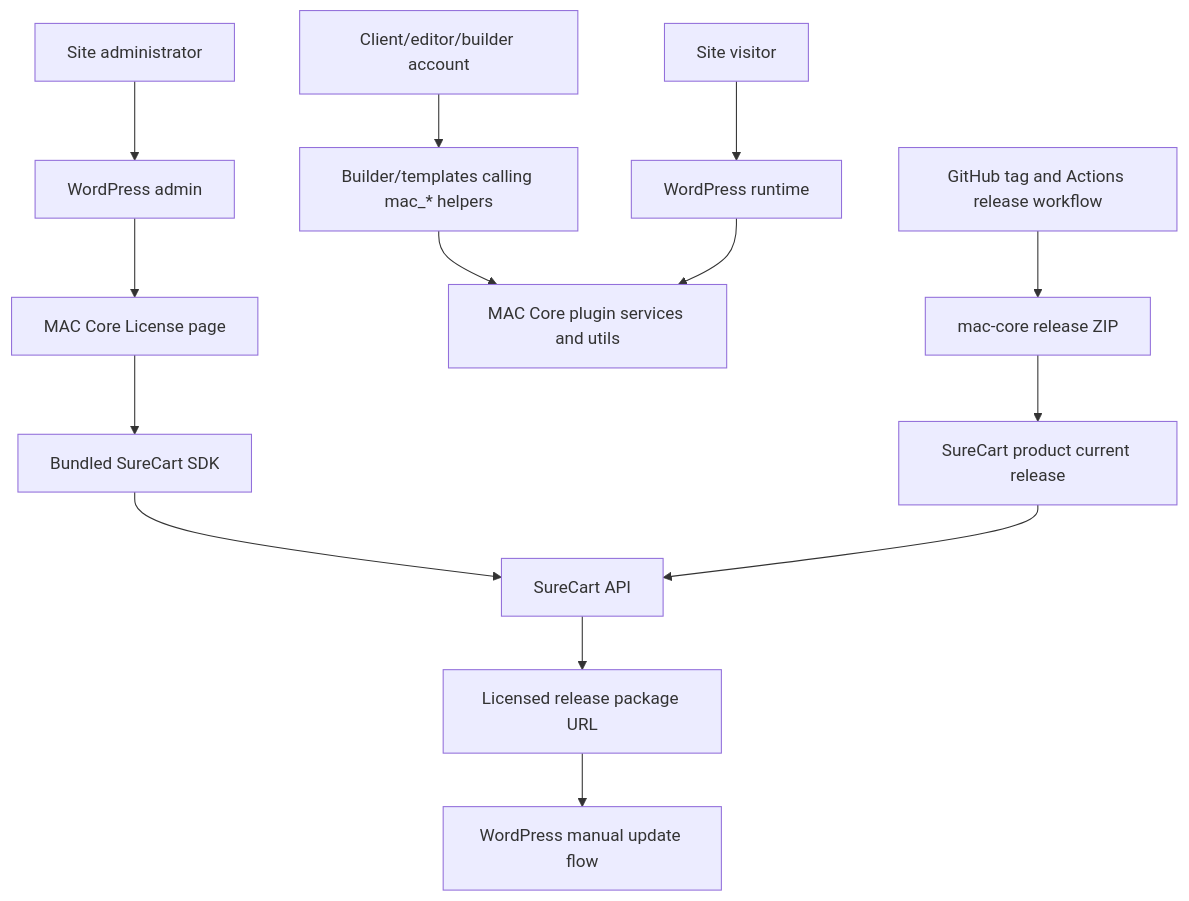
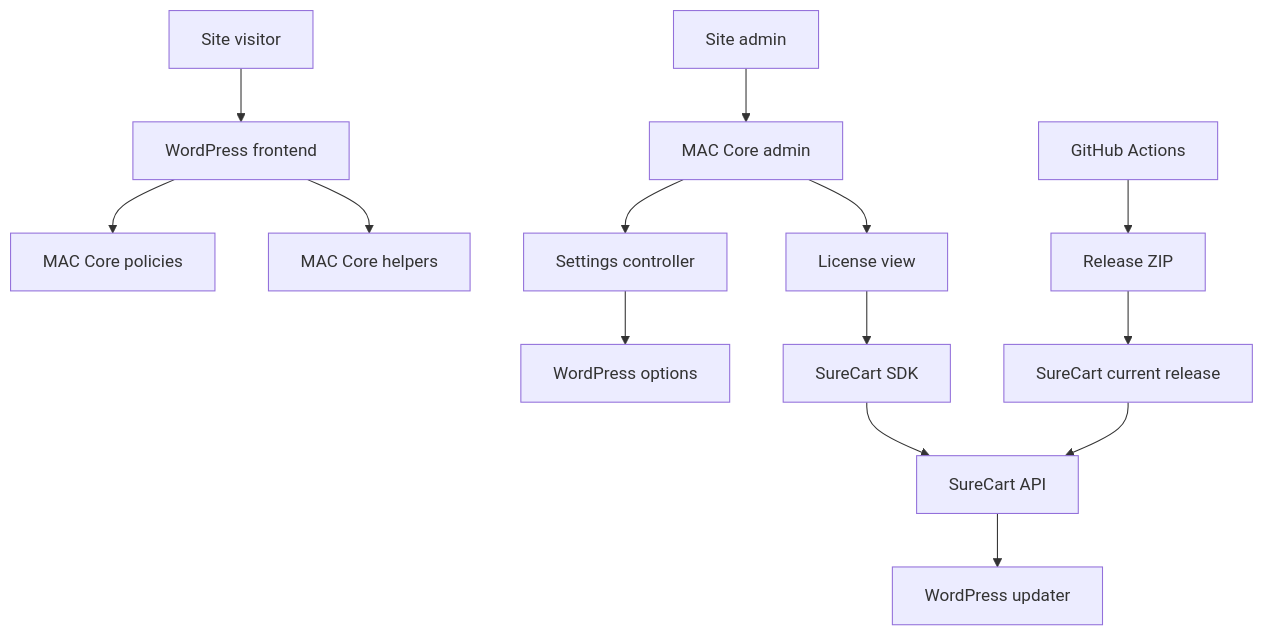
Before and after one commit to thecirceaco/mac-core: the diagram in .codex/reports/mac-core-threat-model.md, drawn with Mermaid. The commit also changed other lines of this file and 13 other files, not shown here.

Commit message:
security: refresh audit and pin workflow actions

````diff
--- a/.codex/reports/mac-core-threat-model.md
+++ b/.codex/reports/mac-core-threat-model.md
@@ -39,16 +77,16 @@
 ```mermaid
 flowchart TD
-    Visitor["Site visitor"] --> WordPress["WordPress runtime"]
-    Client["Client/editor/builder account"] --> Templates["Builder/templates calling mac_* helpers"]
-    Admin["Site administrator"] --> AdminUI["WordPress admin"]
-    AdminUI --> LicensePage["MAC Core License page"]
-    Templates --> MacCore["MAC Core plugin services and utils"]
-    WordPress --> MacCore
-    LicensePage --> SureCartSDK["Bundled SureCart SDK"]
-    SureCartSDK --> SureCartAPI["SureCart API"]
-    SureCartAPI --> UpdatePackage["Licensed release package URL"]
-    UpdatePackage --> WPUpdater["WordPress manual update flow"]
-    GitHub["GitHub tag and Actions release workflow"] --> ReleaseZip["mac-core release ZIP"]
-    ReleaseZip --> SureCartStore["SureCart product current release"]
-    SureCartStore --> SureCartAPI
+    A["Site visitor"] --> B["WordPress frontend"]
+    C["Site admin"] --> D["MAC Core admin"]
+    B --> E["MAC Core policies"]
+    B --> F["MAC Core helpers"]
+    D --> G["Settings controller"]
+    D --> H["License view"]
+    G --> I["WordPress options"]
+    H --> J["SureCart SDK"]
+    J --> K["SureCart API"]
+    L["GitHub Actions"] --> M["Release ZIP"]
+    M --> N["SureCart current release"]
+    N --> K
+    K --> O["WordPress updater"]
 ```
````
